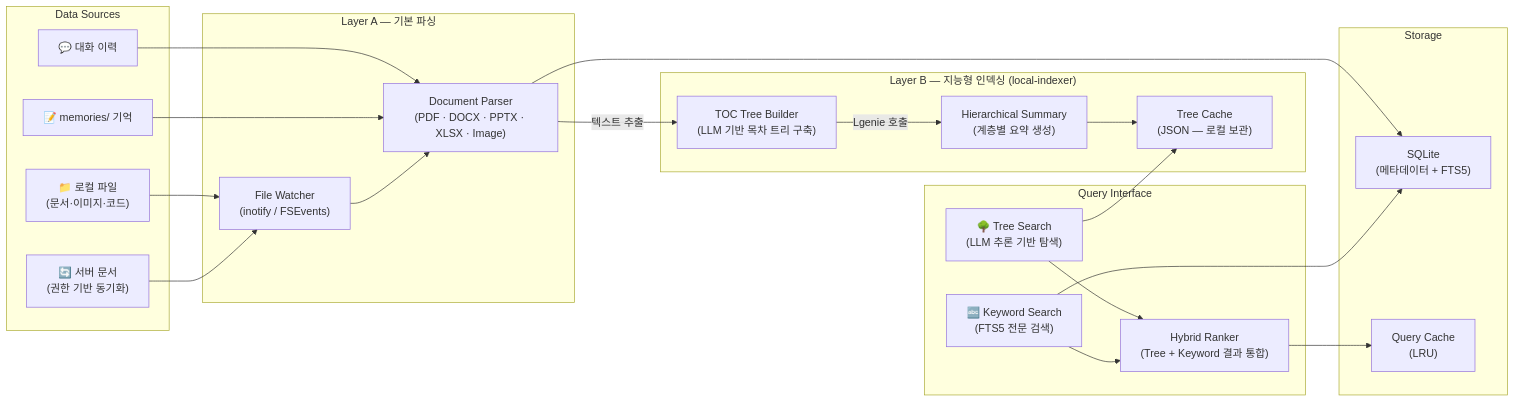
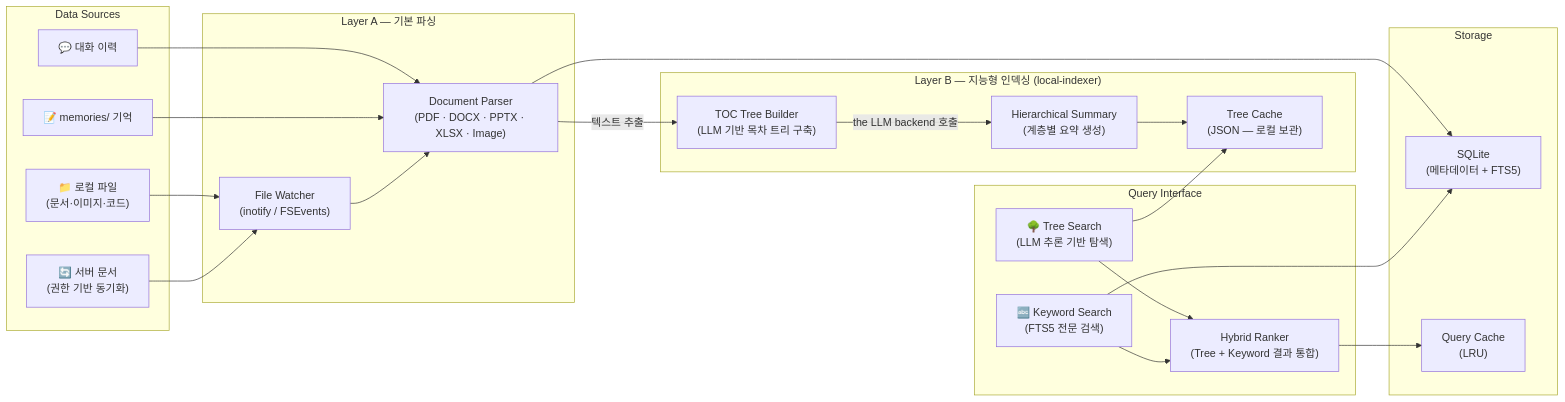
Before and after one commit to lvis-project/lvis-app: the eighth of 44 diagrams in docs/architecture/architecture.md, drawn with Mermaid. The commit also changed other lines of this file and 86 other files, not shown here.

````diff
--- a/docs/architecture/architecture.md
+++ b/docs/architecture/architecture.md
@@ -475,48 +475,48 @@
 ```mermaid
 graph LR
     subgraph "Data Sources"
         LOCAL_FILES["📁 로컬 파일<br/>(문서·이미지·코드)"]
         SERVER_DOCS["🔄 서버 문서<br/>(권한 기반 동기화)"]
         CHAT_HISTORY["💬 대화 이력"]
         NOTES["📝 memories/ 기억"]
     end
 
     subgraph "Layer A — 기본 파싱"
         WATCHER["File Watcher<br/>(inotify / FSEvents)"]
         PARSER["Document Parser<br/>(PDF · DOCX · PPTX · XLSX · Image)"]
     end
 
     subgraph "Layer B — 지능형 인덱싱 (local-indexer)"
         TREE_BUILD["TOC Tree Builder<br/>(LLM 기반 목차 트리 구축)"]
         TREE_SUMMARY["Hierarchical Summary<br/>(계층별 요약 생성)"]
         TREE_JSON["Tree Cache<br/>(JSON — 로컬 보관)"]
     end
 
     subgraph "Storage"
         SQLITE["SQLite<br/>(메타데이터 + FTS5)"]
         CACHE["Query Cache<br/>(LRU)"]
     end
 
     subgraph "Query Interface"
         TREE_SEARCH["🌳 Tree Search<br/>(LLM 추론 기반 탐색)"]
         KEYWORD["🔤 Keyword Search<br/>(FTS5 전문 검색)"]
         HYBRID["Hybrid Ranker<br/>(Tree + Keyword 결과 통합)"]
     end
 
     LOCAL_FILES --> WATCHER
     SERVER_DOCS --> WATCHER
     CHAT_HISTORY --> PARSER
     NOTES --> PARSER
 
     WATCHER --> PARSER
     PARSER --> SQLITE
     PARSER -->|"텍스트 추출"| TREE_BUILD
-    TREE_BUILD -->|"Lgenie 호출"| TREE_SUMMARY
+    TREE_BUILD -->|"the LLM backend 호출"| TREE_SUMMARY
     TREE_SUMMARY --> TREE_JSON
 
     TREE_SEARCH --> TREE_JSON
     KEYWORD --> SQLITE
     TREE_SEARCH --> HYBRID
     KEYWORD --> HYBRID
     HYBRID --> CACHE
 ```
````
